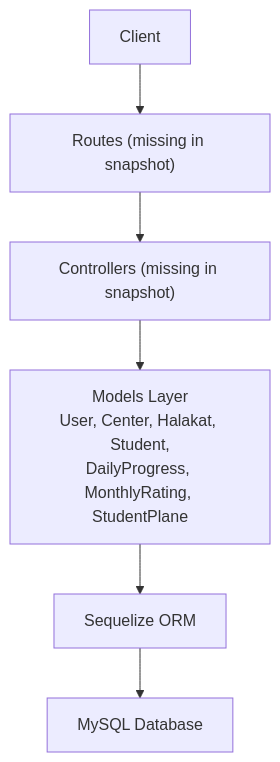
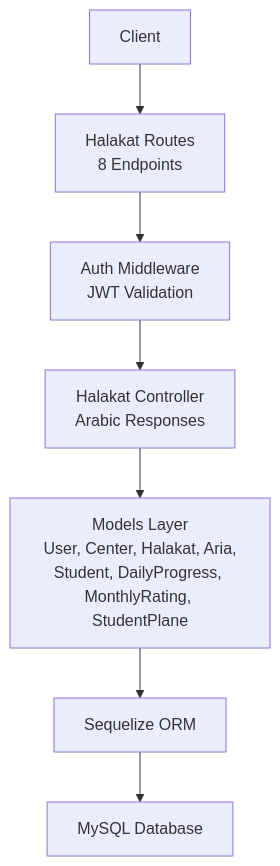
The second of 8 diagrams in .qoder/repowiki/en/content/Feature Modules/Teaching Group Management.md (Mreng78/khirocom_project), drawn with Mermaid before and after one commit. The commit also changed other lines of this file and 10 other files, not shown here.

````diff
--- a/.qoder/repowiki/en/content/Feature Modules/Teaching Group Management.md
+++ b/.qoder/repowiki/en/content/Feature Modules/Teaching Group Management.md
@@ -106,14 +142,16 @@
 ```mermaid
 graph TB
 CLIENT["Client"]
-ROUTES["Routes (missing in snapshot)"]
-CTRL["Controllers (missing in snapshot)"]
-MODELS["Models Layer<br/>User, Center, Halakat, Student,<br/>DailyProgress, MonthlyRating, StudentPlane"]
+ROUTES["Halakat Routes<br/>8 Endpoints"]
+CTRL["Halakat Controller<br/>Arabic Responses"]
+MODELS["Models Layer<br/>User, Center, Halakat, Aria,<br/>Student, DailyProgress, MonthlyRating, StudentPlane"]
+AUTH["Auth Middleware<br/>JWT Validation"]
 ORM["Sequelize ORM"]
 DB["MySQL Database"]
 CLIENT --> ROUTES
-ROUTES --> CTRL
+ROUTES --> AUTH
+AUTH --> CTRL
 CTRL --> MODELS
 MODELS --> ORM
 ORM --> DB
 ```
````
